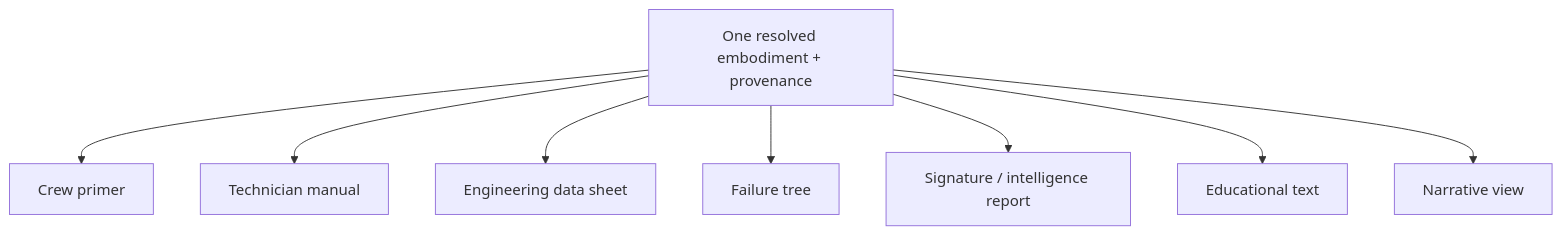
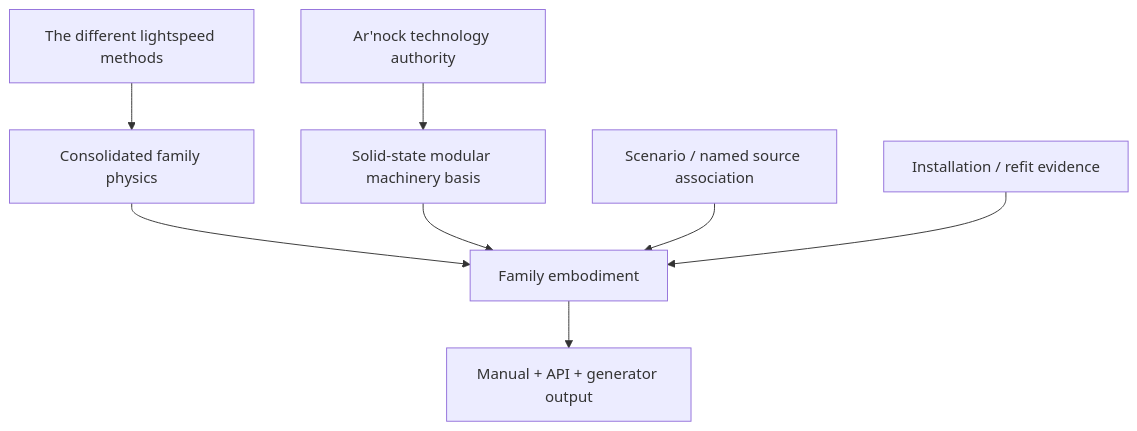
The fourth of 4 diagrams in docs/blacklight/ARNOCK_FTL_FAMILY_EMBODIMENT_FIELD_MANUAL.md (mrcalzon02/HB-TTRPG-tools), drawn with Mermaid before and after one commit. The commit also changed other lines of this file, not shown here.

Commit message:
Rewrite Ar'nock FTL field manual for modular solid-state technology

````diff
--- a/docs/blacklight/ARNOCK_FTL_FAMILY_EMBODIMENT_FIELD_MANUAL.md
+++ b/docs/blacklight/ARNOCK_FTL_FAMILY_EMBODIMENT_FIELD_MANUAL.md
@@ -564,10 +712,10 @@
 ```mermaid
 flowchart TD
-    R[One resolved embodiment + provenance] --> A[Crew primer]
-    R --> B[Technician manual]
-    R --> C[Engineering data sheet]
-    R --> D[Failure tree]
-    R --> E[Signature / intelligence report]
-    R --> F[Educational text]
-    R --> G[Narrative view]
+    A[The different lightspeed methods] --> B[Consolidated family physics]
+    C[Ar'nock technology authority] --> D[Solid-state modular machinery basis]
+    B --> E[Family embodiment]
+    D --> E
+    F[Scenario / named source association] --> E
+    G[Installation / refit evidence] --> E
+    E --> H[Manual + API + generator output]
 ```
````
